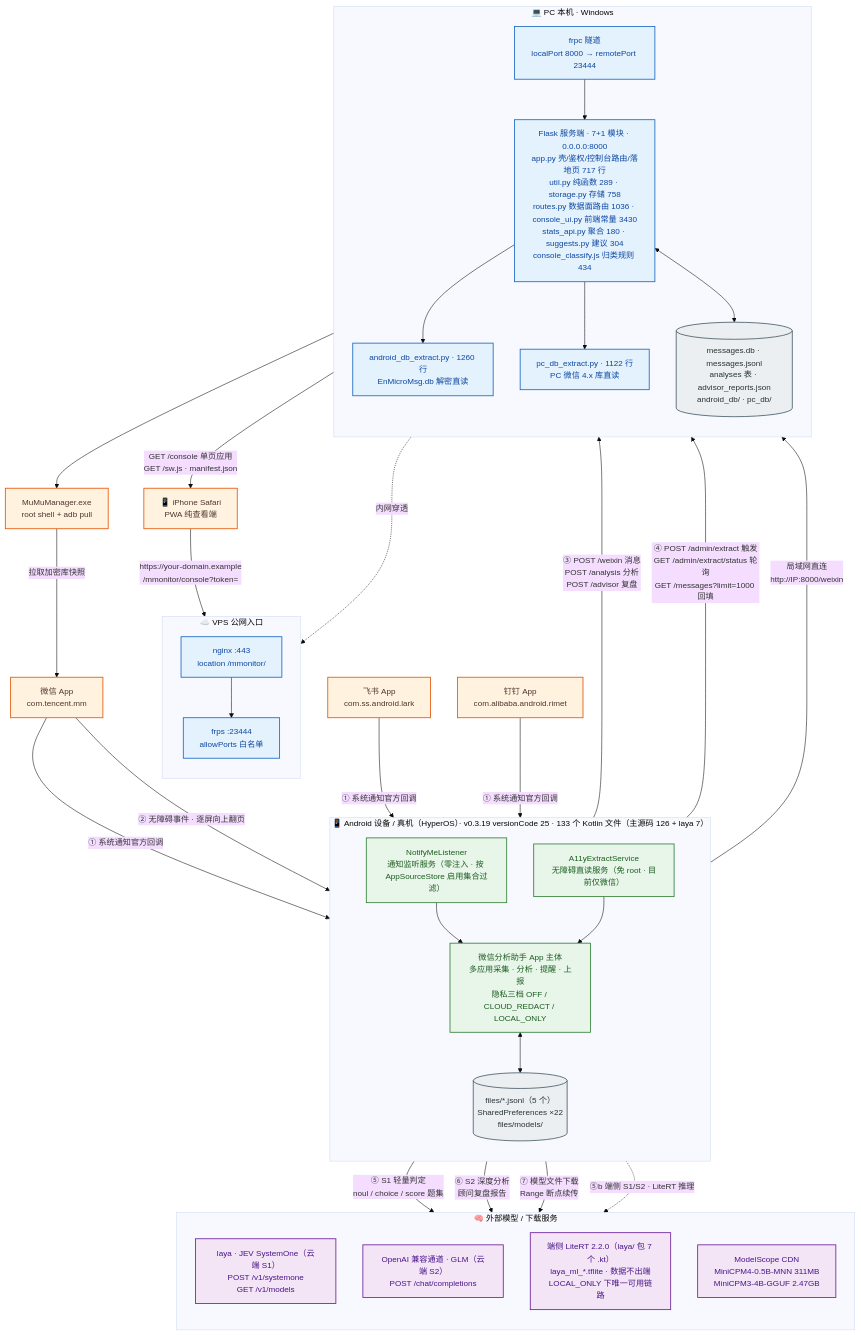
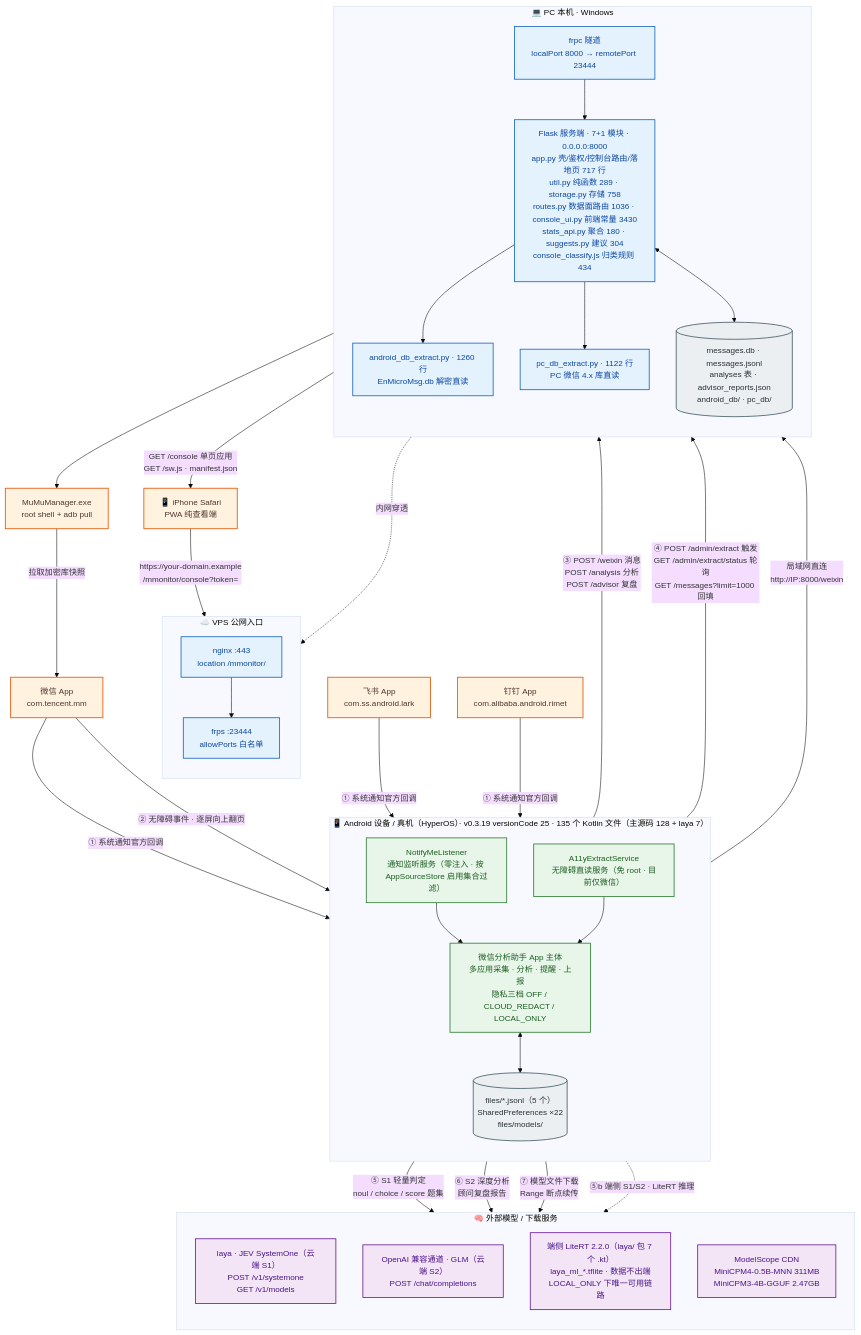
Before and after one commit to solidjoker/notifyme: the diagram in docs/architecture/diagrams/01-system-context.mmd, drawn with Mermaid. The commit also changed 27 other files, not shown here.

```diff
--- a/docs/architecture/diagrams/01-system-context.mmd
+++ b/docs/architecture/diagrams/01-system-context.mmd
@@ -1,70 +1,70 @@
 %%{init: {'theme':'base','themeVariables':{'fontSize':'15px','fontFamily':'Microsoft YaHei, PingFang SC, sans-serif'},'flowchart':{'htmlLabels':true,'curve':'basis'}}}%%
 flowchart TB
     classDef ext  fill:#fff3e0,stroke:#e65100,stroke-width:1.5px,color:#4e342e
     classDef app  fill:#e8f5e9,stroke:#2e7d32,stroke-width:1.5px,color:#1b5e20
     classDef srv  fill:#e3f2fd,stroke:#1565c0,stroke-width:1.5px,color:#0d47a1
     classDef llm  fill:#f3e5f5,stroke:#6a1b9a,stroke-width:1.5px,color:#4a148c
     classDef store fill:#eceff1,stroke:#455a64,stroke-width:1.5px,color:#263238
 
     WX["微信 App<br/>com.tencent.mm"]:::ext
     FS["飞书 App<br/>com.ss.android.lark"]:::ext
     DT["钉钉 App<br/>com.alibaba.android.rimet"]:::ext
 
-    subgraph DEV["📱 Android 设备 / 真机（HyperOS）· v0.3.19 versionCode 25 · 133 个 Kotlin 文件（主源码 126 + laya 7）"]
+    subgraph DEV["📱 Android 设备 / 真机（HyperOS）· v0.3.19 versionCode 25 · 135 个 Kotlin 文件（主源码 128 + laya 7）"]
         direction TB
         NL["NotifyMeListener<br/>通知监听服务（零注入 · 按 AppSourceStore 启用集合过滤）"]:::app
         A11Y["A11yExtractService<br/>无障碍直读服务（免 root · 目前仅微信）"]:::app
         CORE["微信分析助手 App 主体<br/>多应用采集 · 分析 · 提醒 · 上报<br/>隐私三档 OFF / CLOUD_REDACT / LOCAL_ONLY"]:::app
         STORE[("files/*.jsonl（5 个）<br/>SharedPreferences ×22<br/>files/models/")]:::store
         NL --> CORE
         A11Y --> CORE
         CORE <--> STORE
     end
 
     subgraph HOST["💻 PC 本机 · Windows"]
         direction TB
         FLASK["Flask 服务端 · 7+1 模块 · 0.0.0.0:8000<br/>app.py 壳/鉴权/控制台路由/落地页 717 行<br/>util.py 纯函数 289 · storage.py 存储 758<br/>routes.py 数据面路由 1036 · console_ui.py 前端常量 3430<br/>stats_api.py 聚合 180 · suggests.py 建议 304<br/>console_classify.js 归类规则 434"]:::srv
         ADBEX["android_db_extract.py · 1260 行<br/>EnMicroMsg.db 解密直读"]:::srv
         PCEX["pc_db_extract.py · 1122 行<br/>PC 微信 4.x 库直读"]:::srv
         DB[("messages.db · messages.jsonl<br/>analyses 表 · advisor_reports.json<br/>android_db/ · pc_db/")]:::store
         FRPC["frpc 隧道<br/>localPort 8000 → remotePort 23444"]:::srv
         FLASK --> ADBEX
         FLASK --> PCEX
         FLASK <--> DB
         FRPC --> FLASK
     end
 
     subgraph VPS["☁️ VPS 公网入口"]
         direction TB
         NGINX["nginx :443<br/>location /mmonitor/"]:::srv
         FRPS["frps :23444<br/>allowPorts 白名单"]:::srv
         NGINX --> FRPS
     end
 
     subgraph AI["🧠 外部模型 / 下载服务"]
         direction TB
         LAYA["laya · JEV SystemOne（云端 S1）<br/>POST /v1/systemone<br/>GET /v1/models"]:::llm
         GLM["OpenAI 兼容通道 · GLM（云端 S2）<br/>POST /chat/completions"]:::llm
         LITE["端侧 LiteRT 2.2.0（laya/ 包 7 个 .kt）<br/>laya_ml_*.tflite · 数据不出端<br/>LOCAL_ONLY 下唯一可用链路"]:::llm
         MS["ModelScope CDN<br/>MiniCPM4-0.5B-MNN 311MB<br/>MiniCPM3-4B-GGUF 2.47GB"]:::llm
     end
 
     MUMU["MuMuManager.exe<br/>root shell + adb pull"]:::ext
     IPHONE["📱 iPhone Safari<br/>PWA 纯查看端"]:::ext
 
     WX -->|"① 系统通知官方回调"| NL
     FS -->|"① 系统通知官方回调"| NL
     DT -->|"① 系统通知官方回调"| NL
     WX -->|"② 无障碍事件 · 逐屏向上翻页"| A11Y
     CORE -->|"③ POST /weixin 消息<br/>POST /analysis 分析<br/>POST /advisor 复盘"| FLASK
     CORE -->|"④ POST /admin/extract 触发<br/>GET /admin/extract/status 轮询<br/>GET /messages?limit=1000 回填"| FLASK
     CORE -->|"⑤ S1 轻量判定<br/>noul / choice / score 题集"| LAYA
     CORE -->|"⑥ S2 深度分析<br/>顾问复盘报告"| GLM
     CORE -->|"⑦ 模型文件下载<br/>Range 断点续传"| MS
     CORE -.->|"⑤b 端侧 S1/S2 · LiteRT 推理"| LITE
     ADBEX --> MUMU
     MUMU -->|"拉取加密库快照"| WX
     CORE -->|"局域网直连<br/>http://IP:8000/weixin"| FLASK
     FRPC -.->|"内网穿透"| FRPS
     IPHONE -->|"https://your-domain.example<br/>/mmonitor/console?token="| NGINX
     FLASK -->|"GET /console 单页应用<br/>GET /sw.js · manifest.json"| IPHONE
```
